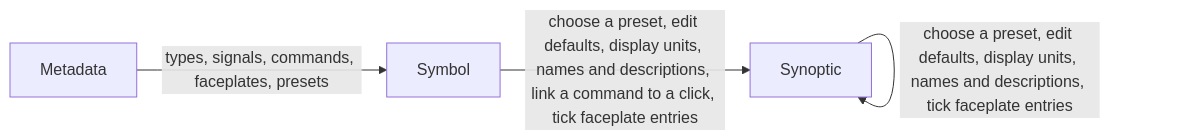
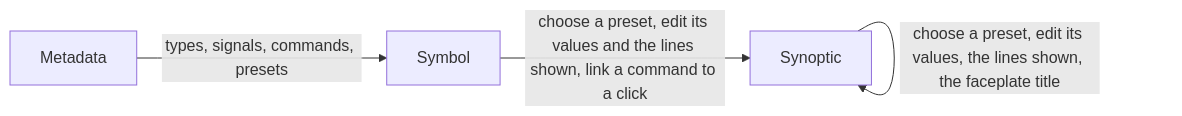
Before and after one commit to AlexandreGallais/synoptic-studio-spec: the diagram in metadata/11-who-changes-what.md, drawn with Mermaid. The commit also changed other lines of this file and 15 other files, not shown here.

First line of the commit message:
docs(spec): merge faceplate into presets and add signal display name

````diff
--- a/metadata/11-who-changes-what.md
+++ b/metadata/11-who-changes-what.md
@@ -23,6 +23,6 @@
 ```mermaid
 flowchart LR
-    M[Metadata] -->|"types, signals, commands, faceplates, presets"| S[Symbol]
-    S -->|"choose a preset, edit defaults, display units, names and descriptions, link a command to a click, tick faceplate entries"| Y[Synoptic]
-    Y -->|"choose a preset, edit defaults, display units, names and descriptions, tick faceplate entries"| Y
+    M[Metadata] -->|"types, signals, commands, presets"| S[Symbol]
+    S -->|"choose a preset, edit its values and the lines shown, link a command to a click"| Y[Synoptic]
+    Y -->|"choose a preset, edit its values, the lines shown, the faceplate title"| Y
 ```
````
